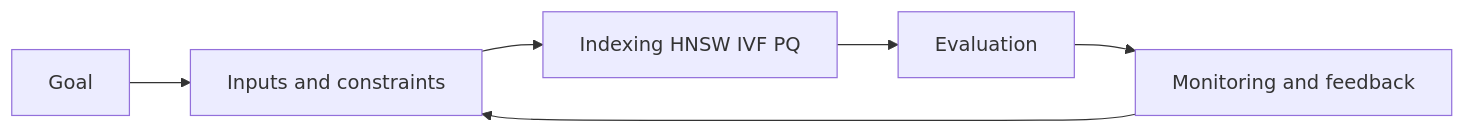
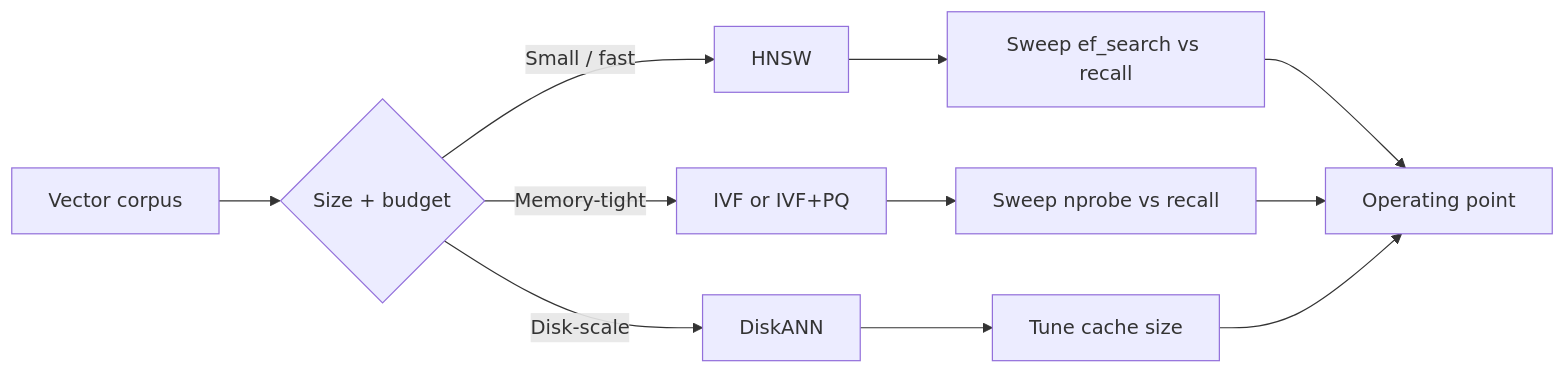
Before and after one commit to Icon1cc/Machine-Learning: the diagram in vector-databases/04-indexing-hnsw-ivf-pq.md, drawn with Mermaid. The commit also changed other lines of this file and 264 other files, not shown here.

````diff
--- a/vector-databases/04-indexing-hnsw-ivf-pq.md
+++ b/vector-databases/04-indexing-hnsw-ivf-pq.md
@@ -92,8 +282,13 @@
 ```mermaid
 flowchart LR
-    A[Goal] --> B[Inputs and constraints]
-    B --> C[Indexing HNSW IVF PQ]
-    C --> D[Evaluation]
-    D --> E[Monitoring and feedback]
-    E --> B
+    V[Vector corpus] --> S{Size + budget}
+    S -- Small / fast --> H[HNSW]
+    S -- Memory-tight --> IVF[IVF or IVF+PQ]
+    S -- Disk-scale --> D[DiskANN]
+    H --> Tune[Sweep ef_search vs recall]
+    IVF --> Tune2[Sweep nprobe vs recall]
+    D --> Tune3[Tune cache size]
+    Tune --> Op[Operating point]
+    Tune2 --> Op
+    Tune3 --> Op
 ```
````
